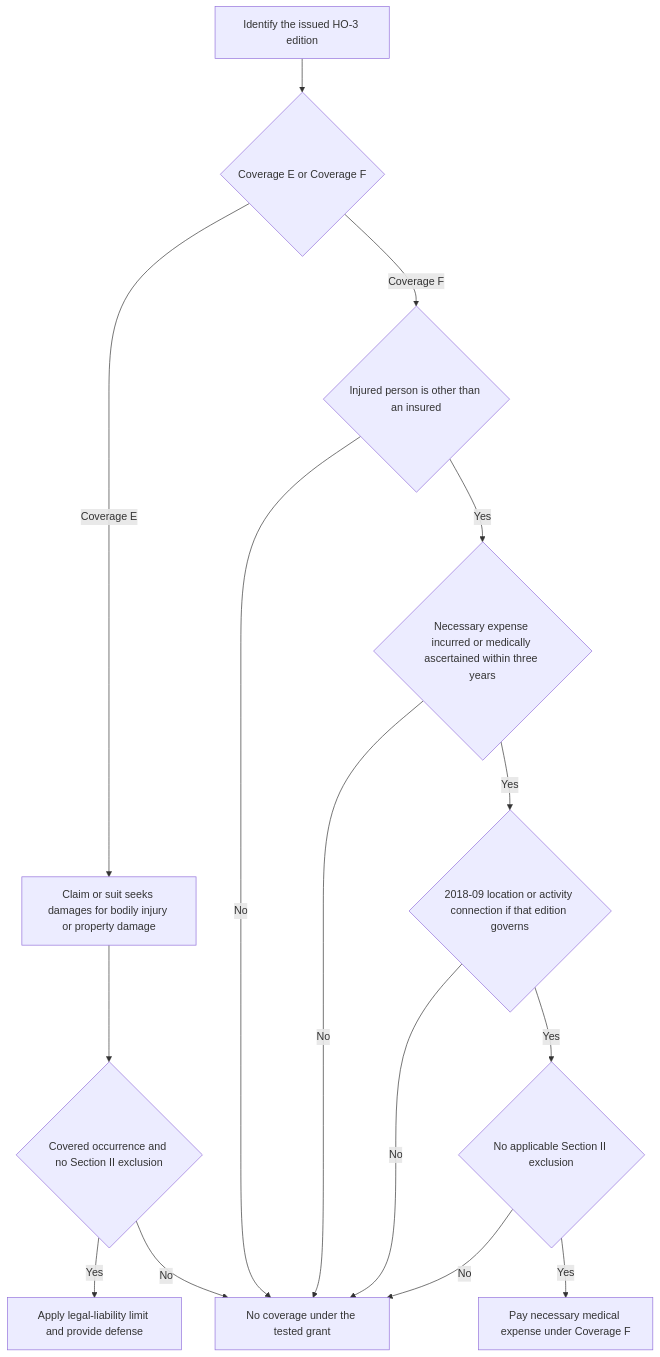
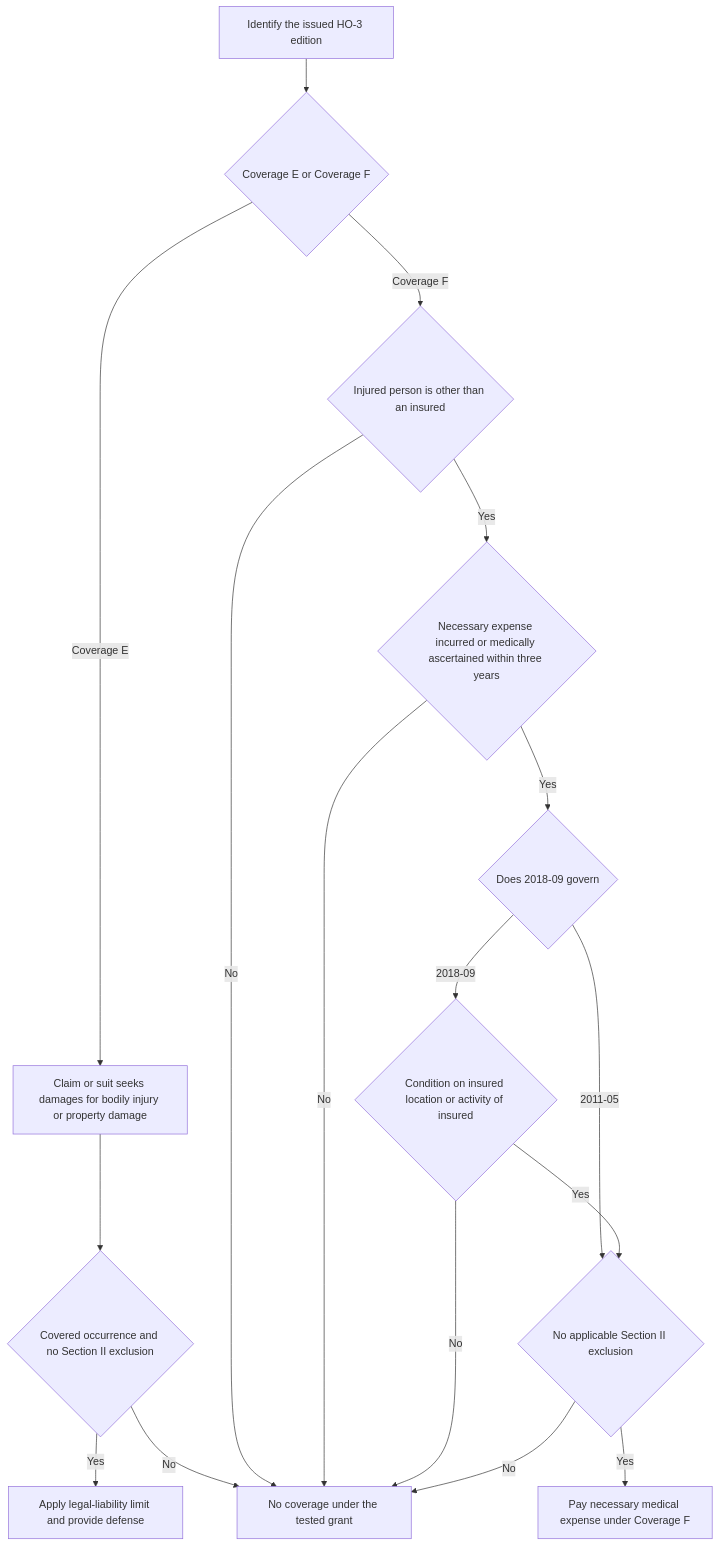
One commit to eugeneliu-86/openwiki-insurance-corpus changed the diagram in openwiki/coverage/coverage-e-f/liability-and-medical-payments.md. Above: the diagram before and after it, drawn with Mermaid. The commit also changed other lines of this file and 47 other files, not shown here.

````diff
--- a/openwiki/coverage/coverage-e-f/liability-and-medical-payments.md
+++ b/openwiki/coverage/coverage-e-f/liability-and-medical-payments.md
@@ -42,17 +42,19 @@
 ```mermaid
 flowchart TD
     Edition["Identify the issued HO-3 edition"] --> Cover{"Coverage E or Coverage F"}
     Cover -- "Coverage E" --> Claim["Claim or suit seeks damages for bodily injury or property damage"]
     Claim --> Occurrence{"Covered occurrence and no Section II exclusion"}
     Occurrence -- "Yes" --> EResult["Apply legal-liability limit and provide defense"]
     Occurrence -- "No" --> NoCover["No coverage under the tested grant"]
     Cover -- "Coverage F" --> Other{"Injured person is other than an insured"}
     Other -- "No" --> NoCover
     Other -- "Yes" --> Time{"Necessary expense incurred or medically ascertained within three years"}
     Time -- "No" --> NoCover
-    Time -- "Yes" --> Scope{"2018-09 location or activity connection if that edition governs"}
+    Time -- "Yes" --> FEdition{"Does 2018-09 govern"}
+    FEdition -- "2011-05" --> FExclusion{"No applicable Section II exclusion"}
+    FEdition -- "2018-09" --> Scope{"Condition on insured location or activity of insured"}
     Scope -- "No" --> NoCover
-    Scope -- "Yes" --> FExclusion{"No applicable Section II exclusion"}
+    Scope -- "Yes" --> FExclusion
     FExclusion -- "Yes" --> FResult["Pay necessary medical expense under Coverage F"]
     FExclusion -- "No" --> NoCover
 ```
````
